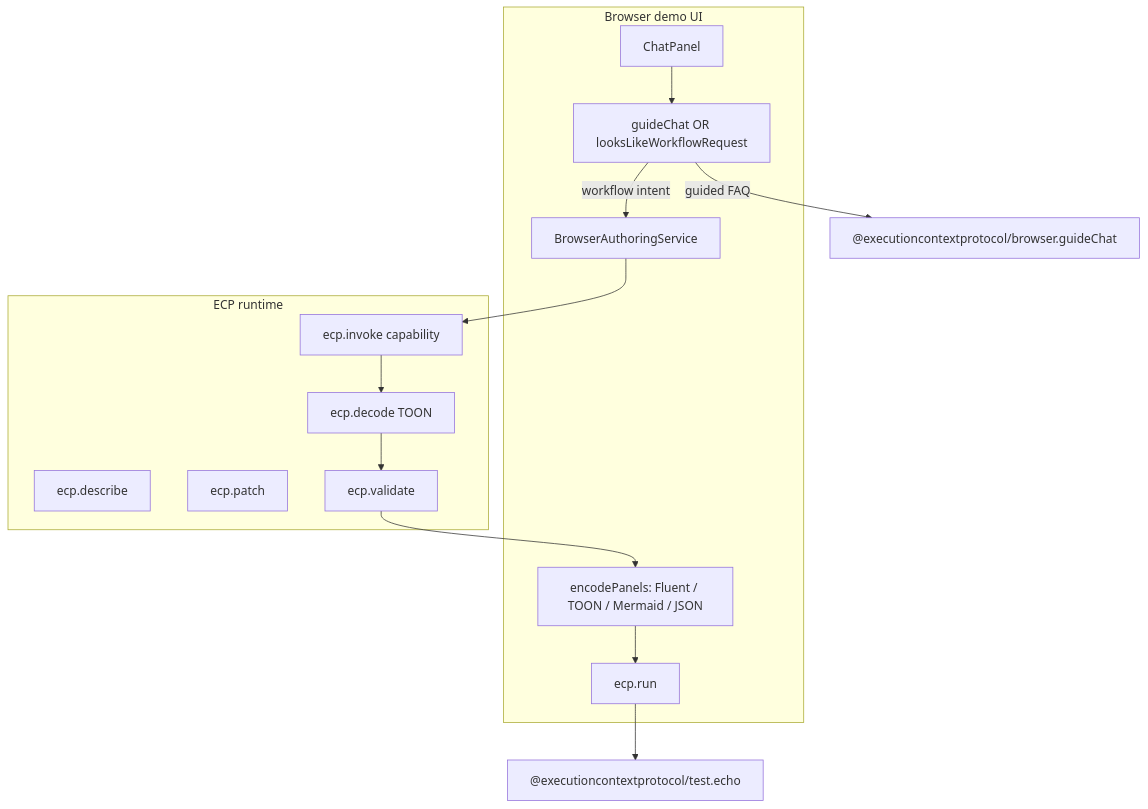
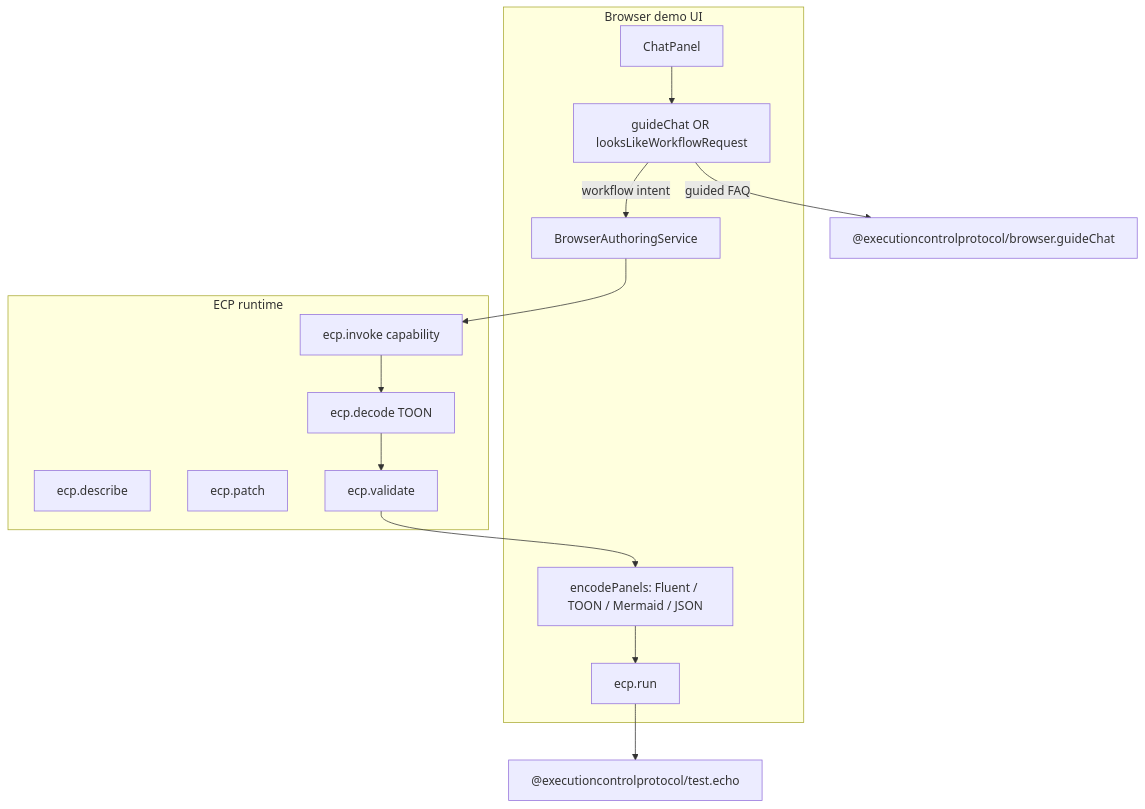
The diagram in docs/browser-demo-extensions-and-prompts.md (executioncontrolprotocol/browser-demo), drawn with Mermaid before and after one commit. The commit also changed other lines of this file and 26 other files, not shown here.

````diff
--- a/docs/browser-demo-extensions-and-prompts.md
+++ b/docs/browser-demo-extensions-and-prompts.md
@@ -18,26 +18,26 @@
 ```mermaid
 flowchart TB
   subgraph ui [Browser demo UI]
     Chat[ChatPanel]
     Authoring[BrowserAuthoringService]
     Guide[guideChat OR looksLikeWorkflowRequest]
     Panels[encodePanels: Fluent / TOON / Mermaid / JSON]
     Run[ecp.run]
   end
 
   subgraph ecp [ECP runtime]
     Describe[ecp.describe]
     Invoke[ecp.invoke capability]
     Decode[ecp.decode TOON]
     Patch[ecp.patch]
     Validate[ecp.validate]
   end
 
   Chat --> Guide
-  Guide -->|guided FAQ| GuideCap["@executioncontextprotocol/browser.guideChat"]
+  Guide -->|guided FAQ| GuideCap["@executioncontrolprotocol/browser.guideChat"]
   Guide -->|workflow intent| Authoring
   Authoring --> Invoke
   Invoke --> Decode --> Validate --> Panels
   Panels --> Run
-  Run --> Echo["@executioncontextprotocol/test.echo"]
+  Run --> Echo["@executioncontrolprotocol/test.echo"]
 ```
````
